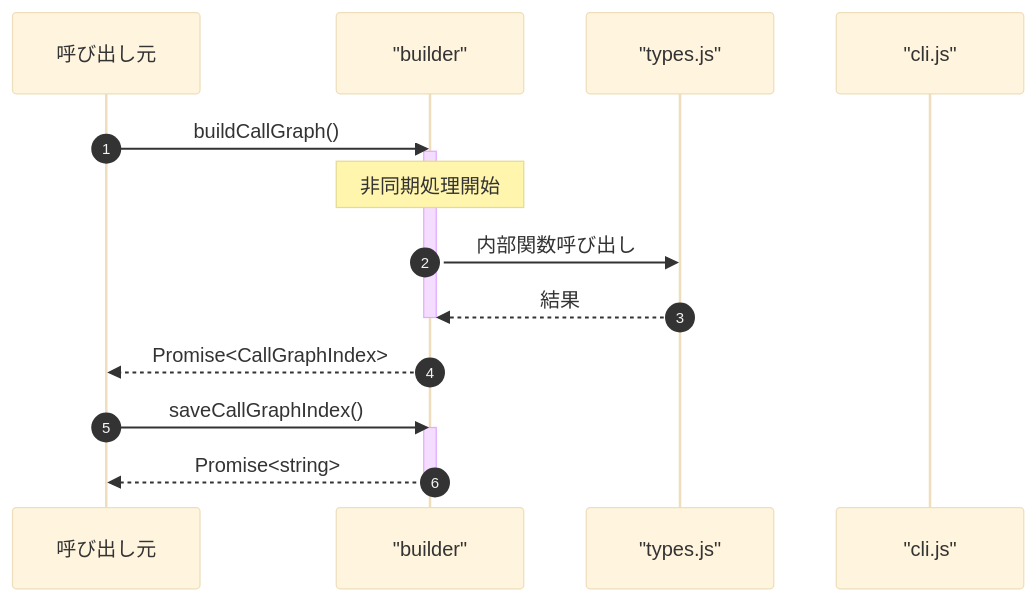
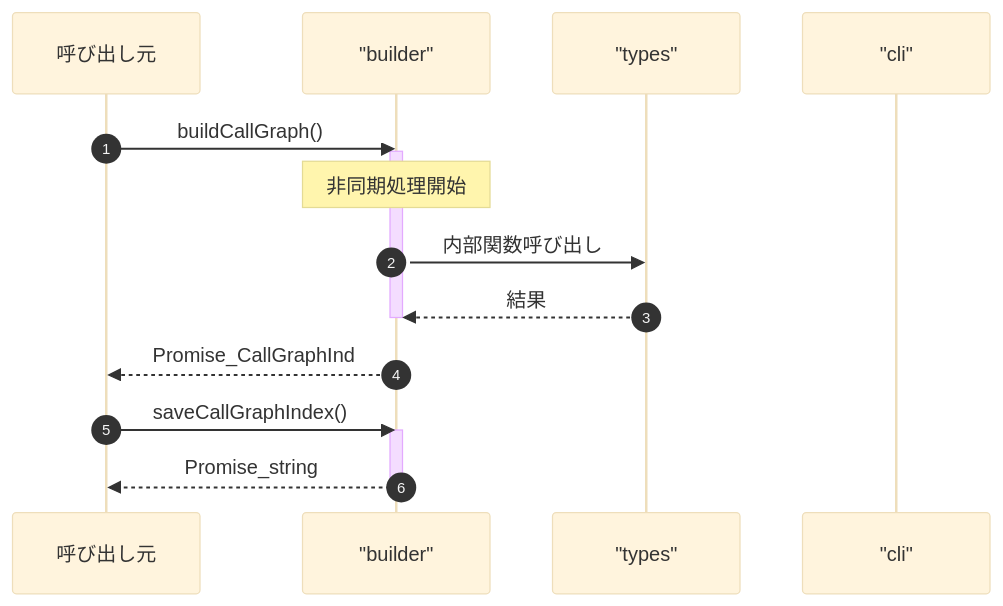
The third of 3 diagrams in ABDD/.pi/extensions/search/call-graph/builder.md (Mekann2904/mekann), drawn with Mermaid (base theme) before and after one commit. The commit also changed other lines of this file and 174 other files, not shown here.

First line of the commit message:
fix(docs): ABDDのMermaid図生成エラーを修正する

````diff
--- a/ABDD/.pi/extensions/search/call-graph/builder.md
+++ b/ABDD/.pi/extensions/search/call-graph/builder.md
@@ -70,21 +70,21 @@
 ```mermaid
 sequenceDiagram
   autonumber
   participant Caller as 呼び出し元
   participant builder as "builder"
-  participant types_js as "types.js"
-  participant cli_js as "cli.js"
+  participant types as "types"
+  participant cli as "cli"
 
   Caller->>builder: buildCallGraph()
   activate builder
   Note over builder: 非同期処理開始
-  builder->>types_js: 内部関数呼び出し
-  types_js-->>builder: 結果
+  builder->>types: 内部関数呼び出し
+  types-->>builder: 結果
   deactivate builder
-  builder-->>Caller: Promise<CallGraphIndex>
+  builder-->>Caller: Promise_CallGraphInd
 
   Caller->>builder: saveCallGraphIndex()
   activate builder
-  builder-->>Caller: Promise<string>
+  builder-->>Caller: Promise_string
   deactivate builder
 ```
````
